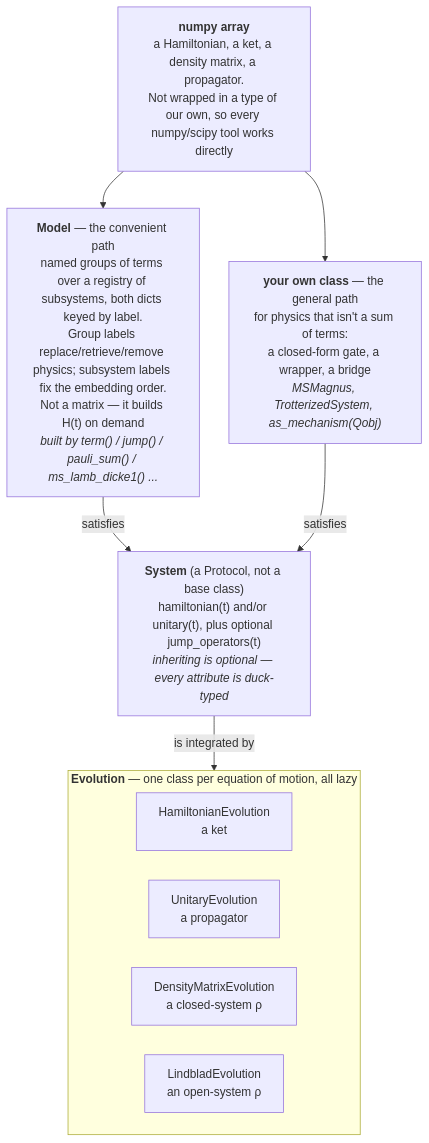
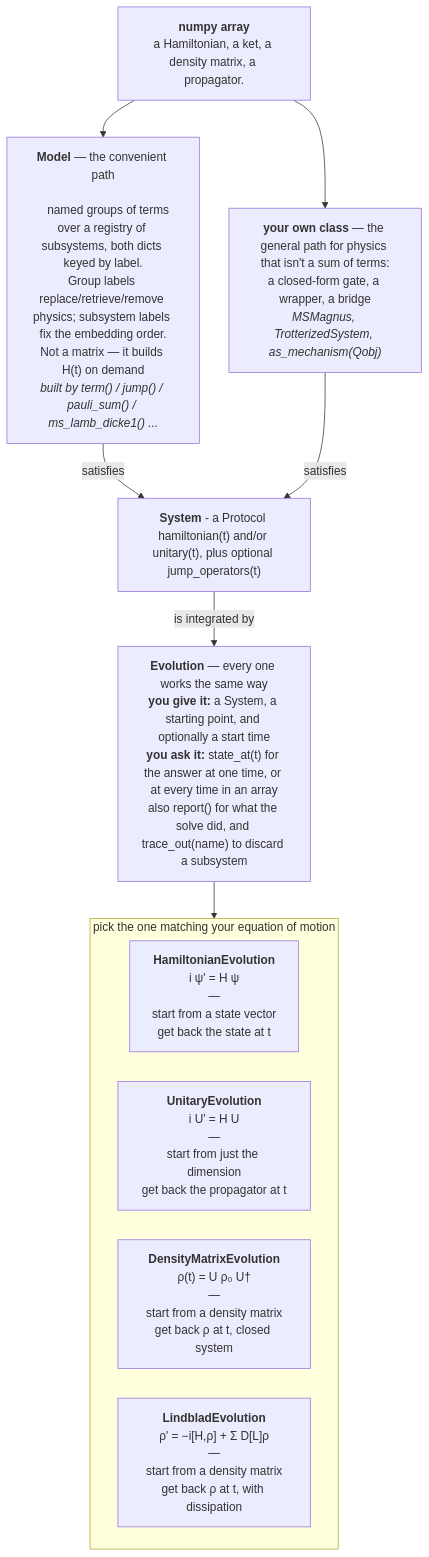
Before and after one commit to bharraz/htdse: the diagram in README.md, drawn with Mermaid. The commit also changed other lines of this file, not shown here.

Commit message:
Made the readme not suck

````diff
--- a/README.md
+++ b/README.md
@@ -72,25 +71,28 @@
 ```mermaid
 %%{init: {"flowchart": {"rankSpacing": 50, "nodeSpacing": 40}}}%%
 flowchart TB
-    OP["<b>numpy array</b><br/>a Hamiltonian, a ket, a density matrix, a propagator.<br/>Not wrapped in a type of our own, so every numpy/scipy tool works directly"]
+    OP["<b>numpy array</b><br/>a Hamiltonian, a ket, a density matrix, a propagator."]
+    MODEL["<b>Model</b> — the convenient path<br/>
+    named groups of terms over a registry of subsystems, both dicts keyed by label.<br/>Group labels replace/retrieve/remove physics; subsystem labels fix the embedding order.<br/>Not a matrix — it builds H(t) on demand<br/><i>built by term() / jump() / pauli_sum() / ms_lamb_dicke1() ...</i>"]
 
-    MODEL["<b>Model</b> — the convenient path<br/>named groups of terms over a registry of subsystems, both dicts keyed by label.<br/>Group labels replace/retrieve/remove physics; subsystem labels fix the embedding order.<br/>Not a matrix — it builds H(t) on demand<br/><i>built by term() / jump() / pauli_sum() / ms_lamb_dicke1() ...</i>"]
+    OWN["<b>your own class</b> — the general path for physics that isn't a sum of terms:<br/>a closed-form gate, a wrapper, a bridge<br/><i>MSMagnus, TrotterizedSystem, as_mechanism(Qobj)</i>"]
 
-    OWN["<b>your own class</b> — the general path<br/>for physics that isn't a sum of terms:<br/>a closed-form gate, a wrapper, a bridge<br/><i>MSMagnus, TrotterizedSystem, as_mechanism(Qobj)</i>"]
+    SYS["<b>System</b> - a Protocol <br/>hamiltonian(t) and/or unitary(t), plus optional jump_operators(t)<br/>"]
 
-    SYS["<b>System</b> (a Protocol, not a base class)<br/>hamiltonian(t) and/or unitary(t), plus optional jump_operators(t)<br/><i>inheriting is optional — every attribute is duck-typed</i>"]
+    EVOALL["<b>Evolution</b> — every one works the same way<br/><b>you give it:</b> a System, a starting point, and optionally a start time<br/><b>you ask it:</b> state_at(t) for the answer at one time, or at every time in an array<br/>also report() for what the solve did, and trace_out(name) to discard a subsystem<br/>"]
 
-    subgraph EVO["<b>Evolution</b> — one class per equation of motion, all lazy"]
+    subgraph EVO["pick the one matching your equation of motion"]
         direction LR
-        E1["HamiltonianEvolution<br/>a ket"]
-        E2["UnitaryEvolution<br/>a propagator"]
-        E3["DensityMatrixEvolution<br/>a closed-system ρ"]
-        E4["LindbladEvolution<br/>an open-system ρ"]
+        E1["<b>HamiltonianEvolution</b><br/>i ψ' = H ψ<br/>—<br/>start from a state vector<br/>get back the state at t"]
+        E2["<b>UnitaryEvolution</b><br/>i U' = H U<br/>—<br/>start from just the dimension<br/>get back the propagator at t"]
+        E3["<b>DensityMatrixEvolution</b><br/>ρ(t) = U ρ₀ U†<br/>—<br/>start from a density matrix<br/>get back ρ at t, closed system"]
+        E4["<b>LindbladEvolution</b><br/>ρ' = −i[H,ρ] + Σ D[L]ρ<br/>—<br/>start from a density matrix<br/>get back ρ at t, with dissipation"]
     end
 
     OP --> MODEL
     OP --> OWN
     MODEL -- "satisfies" --> SYS
     OWN -- "satisfies" --> SYS
-    SYS -- "is integrated by" --> EVO
+    SYS -- "is integrated by" --> EVOALL
+    EVOALL --> EVO
 ```
````
